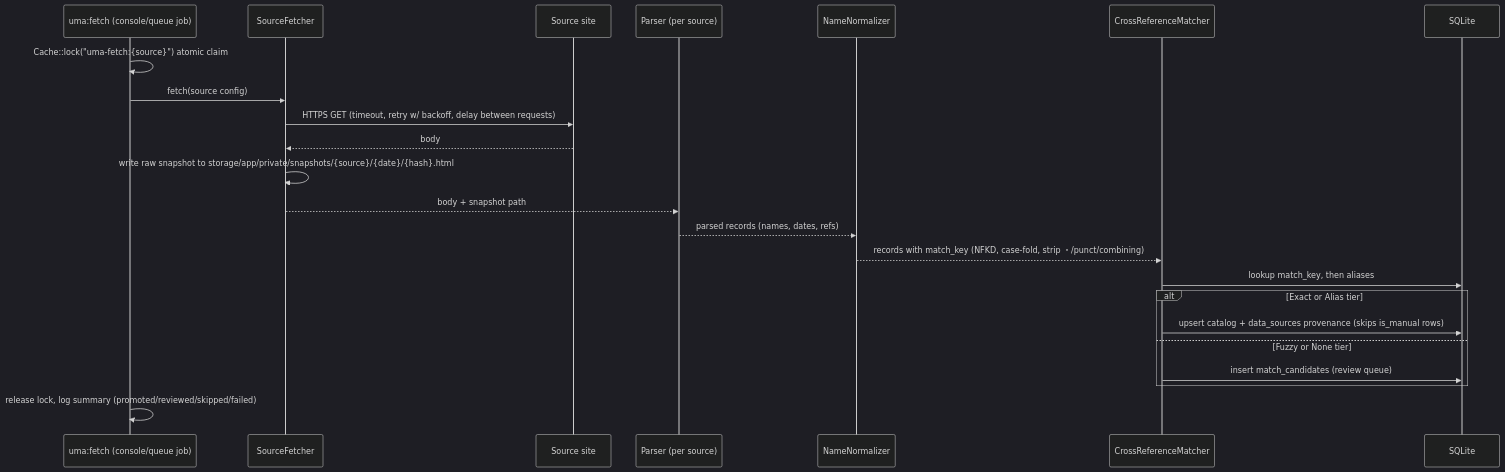
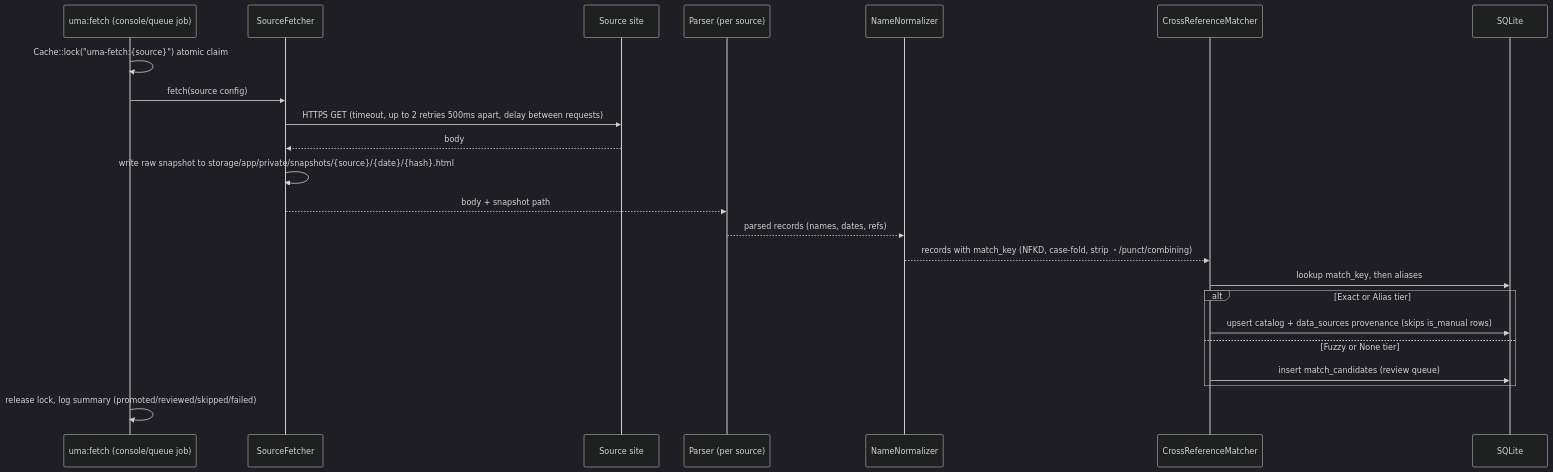
The second of 2 diagrams in ARCHITECTURE.md (IzzatFirdaus/umamusume-laravel13), drawn with Mermaid (dark theme) before and after one commit. The commit also changed other lines of this file and 1 other file, not shown here.

Commit message:
docs(architecture): the fetch retry is a flat 500ms, not exponential backoff
E-1. ARCHITECTURE.md claimed exponential backoff in the politeness line and in the sequence
diagram, and the digest repeated it; SourceFetcher::request() passes Http::retry(2, 500,
throw: false), a constant pause. An operator sizing the politeness this document describes
would plan for a growing wait the code does not have.

The withdrawn claim is kept in the sentence as what was corrected, not deleted, and both
lines now state the redirect re-check F-9 added, which the same paragraph was also silent
about.

````diff
--- a/ARCHITECTURE.md
+++ b/ARCHITECTURE.md
@@ -235,25 +235,25 @@
 ```mermaid
 sequenceDiagram
     participant C as uma:fetch (console/queue job)
     participant F as SourceFetcher
     participant S as Source site
     participant P as Parser (per source)
     participant N as NameNormalizer
     participant M as CrossReferenceMatcher
     participant D as SQLite
     C->>C: Cache::lock("uma-fetch:{source}") atomic claim
     C->>F: fetch(source config)
-    F->>S: HTTPS GET (timeout, retry w/ backoff, delay between requests)
+    F->>S: HTTPS GET (timeout, up to 2 retries 500ms apart, delay between requests)
     S-->>F: body
     F->>F: write raw snapshot to storage/app/private/snapshots/{source}/{date}/{hash}.html
     F-->>P: body + snapshot path
     P-->>N: parsed records (names, dates, refs)
     N-->>M: records with match_key (NFKD, case-fold, strip ・/punct/combining)
     M->>D: lookup match_key, then aliases
     alt Exact or Alias tier
         M->>D: upsert catalog + data_sources provenance (skips is_manual rows)
     else Fuzzy or None tier
         M->>D: insert match_candidates (review queue)
     end
     C->>C: release lock, log summary (promoted/reviewed/skipped/failed)
 ```
````
